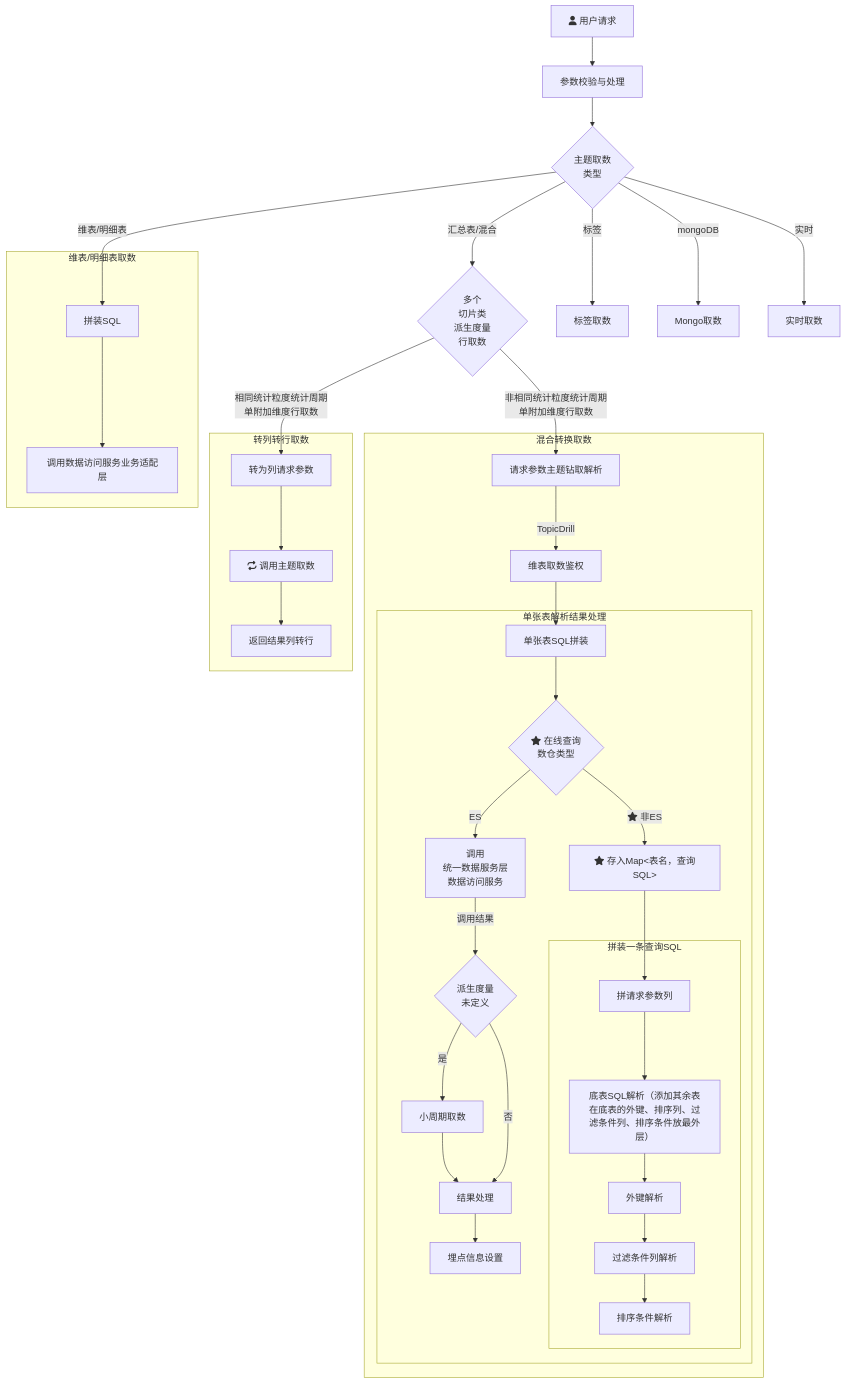
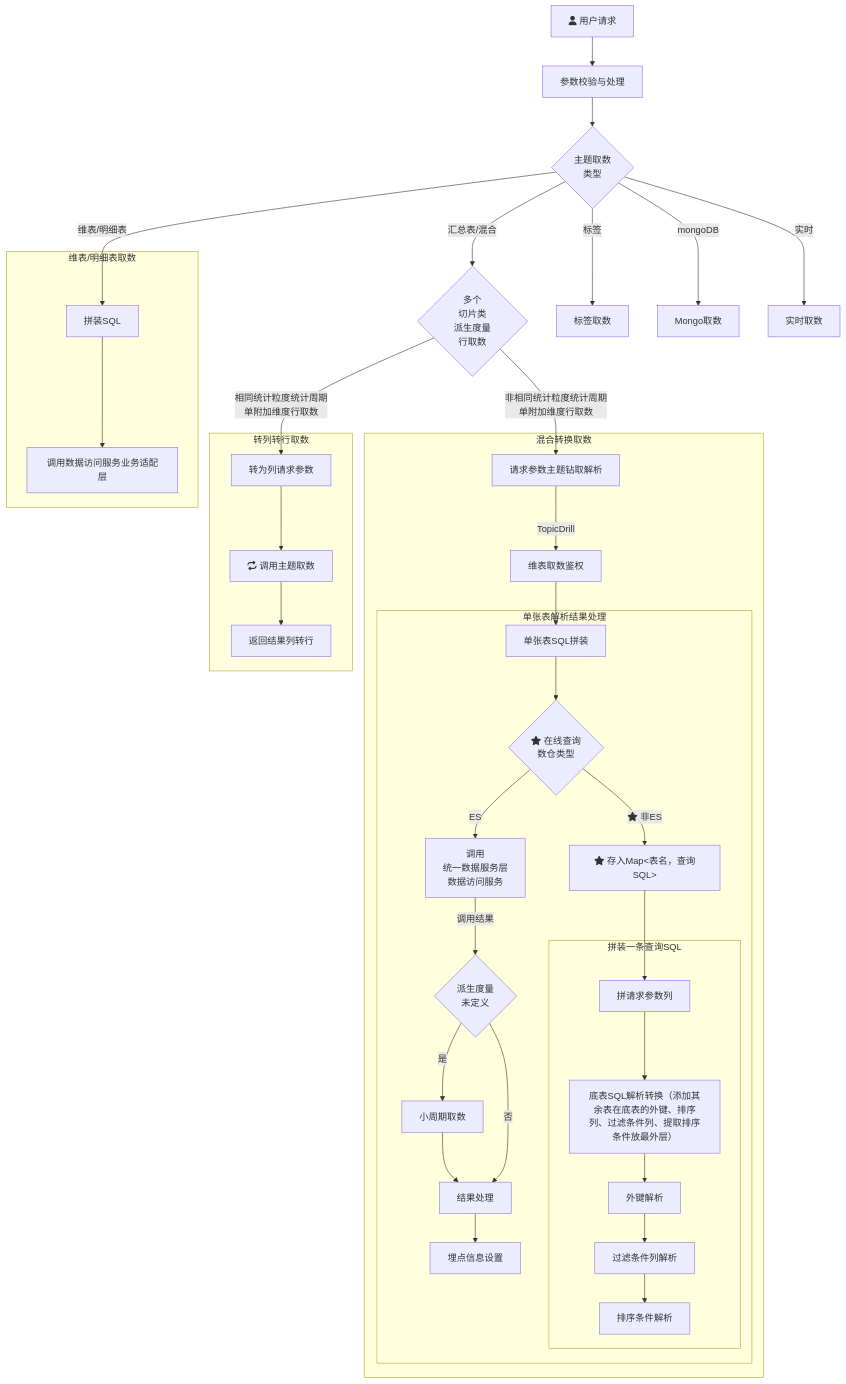
One commit to yanglosm/iodraw-files changed the diagram in all/未命名.md. Above: the diagram before and after it, drawn with Mermaid.

Commit message:
2024-11-29 19:38:31 update

````diff
--- a/all/未命名.md
+++ b/all/未命名.md
@@ -1,30 +1,30 @@
 ```mermaid
 flowchart TD
     A[fa:fa-user 用户请求] -->A1[参数校验与处理] --> B{主题取数\n类型}
     B -->|维表/明细表| D[拼装SQL]
     B -->|汇总表/混合| E{多个\n切片类\n派生度量\n行取数}
     B -->|标签| F[标签取数]
     B -->|mongoDB| G[Mongo取数]
     B -->|实时| H[实时取数]
     E -->|相同统计粒度统计周期\n单附加维度行取数| E1[转为列请求参数]
     E -->|非相同统计粒度统计周期\n单附加维度行取数| T1[请求参数主题钻取解析]
     subgraph 维表/明细表取数
     D-->D1[调用数据访问服务业务适配层]
     end
     subgraph 转列转行取数
     E1-->E11[fa:fa-repeat 调用主题取数]-->E12[返回结果列转行]
     end
     subgraph 混合转换取数
     T1-->|TopicDrill| T2[维表取数鉴权] --> T31[单张表SQL拼装]
         subgraph 单张表解析结果处理
         T31 --> T4{fa:fa-star 在线查询\n数仓类型}-->|ES|T32[调用\n统一数据服务层\n数据访问服务] --> |调用结果|T33{派生度量\n未定义}
         T33 --> |是|T33_1[小周期取数]-->T34[结果处理]-->T35[埋点信息设置]
         T33 --> |否|T34
         T4 --> |fa:fa-star 非ES|T41["fa:fa-star 存入Map<表名，查询SQL>"]
         T41 --> T42[拼请求参数列]
             subgraph 拼装一条查询SQL
-            T42 --> M1[底表SQL解析（添加其余表在底表的外键、排序列、过滤条件列、排序条件放最外层）] --> M2[外键解析] --> 过滤条件列解析 --> 排序条件解析
+            T42 --> M1[底表SQL解析转换（添加其余表在底表的外键、排序列、过滤条件列、提取排序条件放最外层）] --> M2[外键解析] --> 过滤条件列解析 --> 排序条件解析
             end
         end
     end
 ```
````
